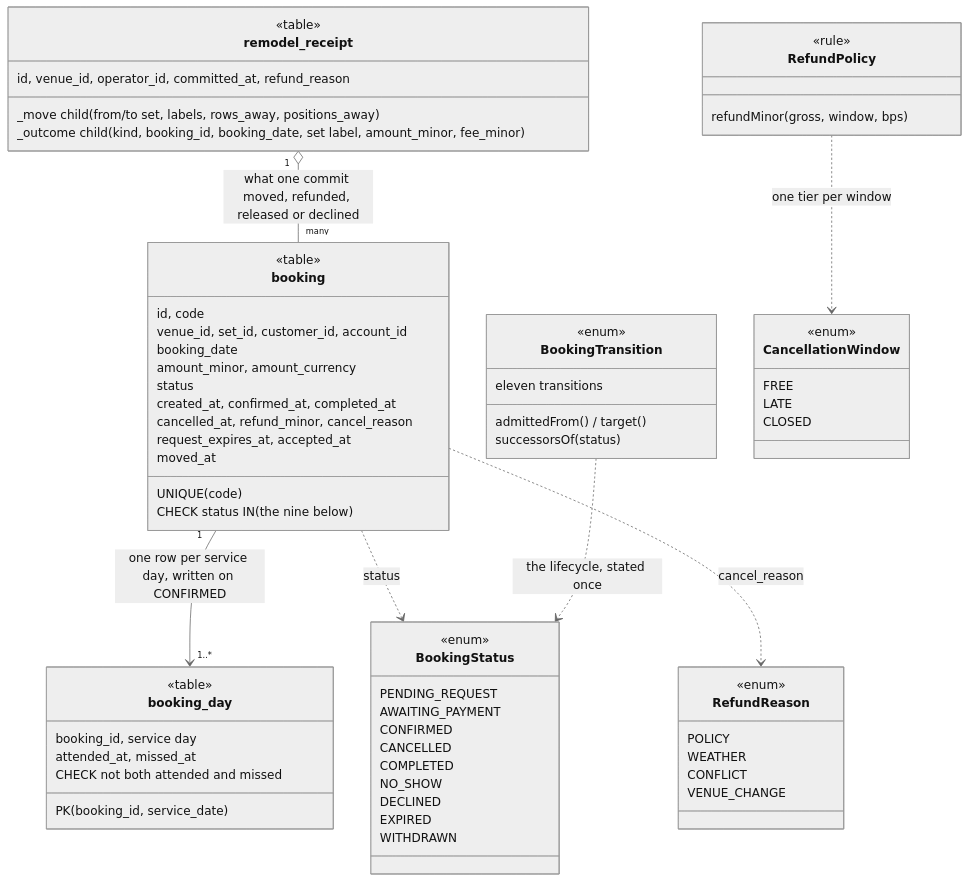
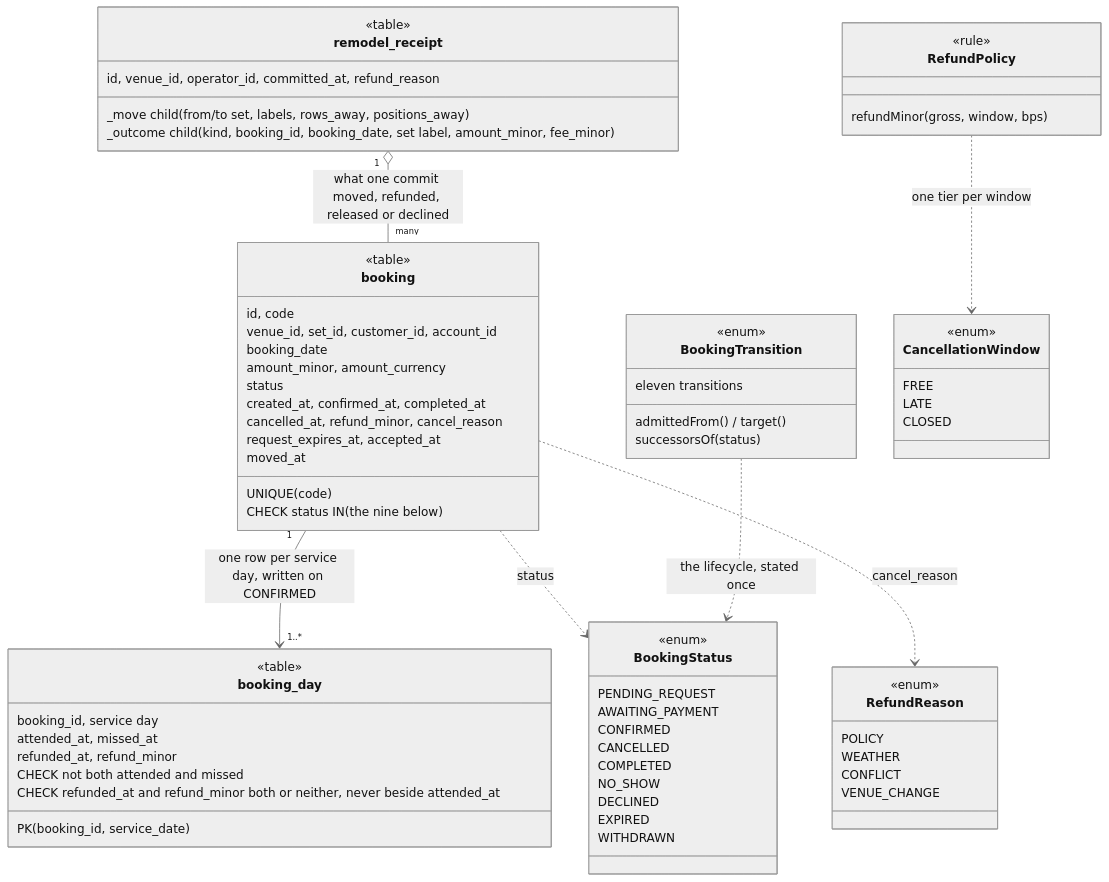
One commit to ivopogace/riviera-sunbed-booking changed the fifth of 15 diagrams in docs/architecture/domain-model.md. Above: the diagram before and after it, drawn with Mermaid (neutral theme). The commit also changed other lines of this file and 141 other files, not shown here.

````diff
--- a/docs/architecture/domain-model.md
+++ b/docs/architecture/domain-model.md
@@ -324,71 +324,73 @@
 ```mermaid
 classDiagram
     class booking {
         <<table>>
         id, code
         venue_id, set_id, customer_id, account_id
         booking_date
         amount_minor, amount_currency
         status
         created_at, confirmed_at, completed_at
         cancelled_at, refund_minor, cancel_reason
         request_expires_at, accepted_at
         moved_at
         UNIQUE (code)
         CHECK status IN (the nine below)
     }
     class booking_day {
         <<table>>
         booking_id, service day
         attended_at, missed_at
+        refunded_at, refund_minor
         PK (booking_id, service_date)
         CHECK not both attended and missed
+        CHECK refunded_at and refund_minor both or neither, never beside attended_at
     }
     booking "1" --> "1..*" booking_day : one row per service day, written on CONFIRMED
     class BookingStatus {
         <<enum>>
         PENDING_REQUEST
         AWAITING_PAYMENT
         CONFIRMED
         CANCELLED
         COMPLETED
         NO_SHOW
         DECLINED
         EXPIRED
         WITHDRAWN
     }
     class BookingTransition {
         <<enum>>
         eleven transitions
         admittedFrom() / target()
         successorsOf(status)
     }
     class RefundPolicy {
         <<rule>>
         refundMinor(gross, window, bps)
     }
     class CancellationWindow {
         <<enum>>
         FREE
         LATE
         CLOSED
     }
     class RefundReason {
         <<enum>>
         POLICY
         WEATHER
         CONFLICT
         VENUE_CHANGE
     }
     class remodel_receipt {
         <<table>>
         id, venue_id, operator_id, committed_at, refund_reason
         _move child (from/to set, labels, rows_away, positions_away)
         _outcome child (kind, booking_id, booking_date, set label, amount_minor, fee_minor)
     }
     booking ..> BookingStatus : status
     BookingTransition ..> BookingStatus : the lifecycle, stated once
     RefundPolicy ..> CancellationWindow : one tier per window
     booking ..> RefundReason : cancel_reason
     remodel_receipt "1" o-- "many" booking : what one commit moved, refunded, released or declined
 ```
````
